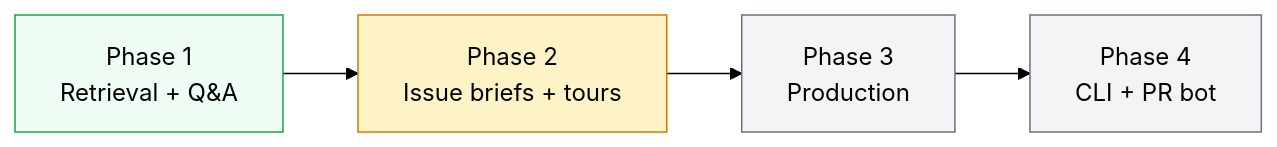
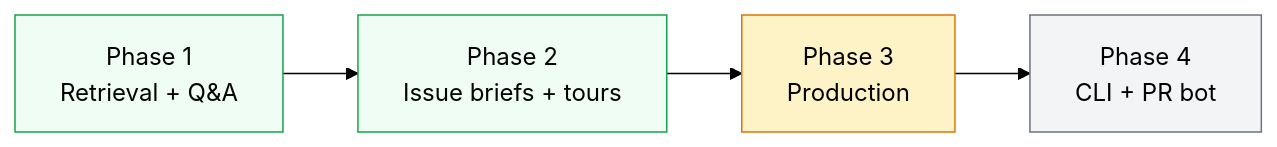
The first of 3 diagrams in README.md (jballo/camino), drawn with Mermaid (forest theme) before and after one commit. The commit also changed other lines of this file and 2 other files, not shown here.

````diff
--- a/README.md
+++ b/README.md
@@ -63,11 +73,11 @@
 ```mermaid
 flowchart LR
   P1["Phase 1<br/>Retrieval + Q&A"] --> P2["Phase 2<br/>Issue briefs + tours"]
   P2 --> P3["Phase 3<br/>Production"]
   P3 --> P4["Phase 4<br/>CLI + PR bot"]
 
   style P1 fill:#f0fdf4,stroke:#16a34a
-  style P2 fill:#fef3c7,stroke:#d97706
-  style P3 fill:#f3f4f6,stroke:#6b7280
+  style P2 fill:#f0fdf4,stroke:#16a34a
+  style P3 fill:#fef3c7,stroke:#d97706
   style P4 fill:#f3f4f6,stroke:#6b7280
 ```
````
